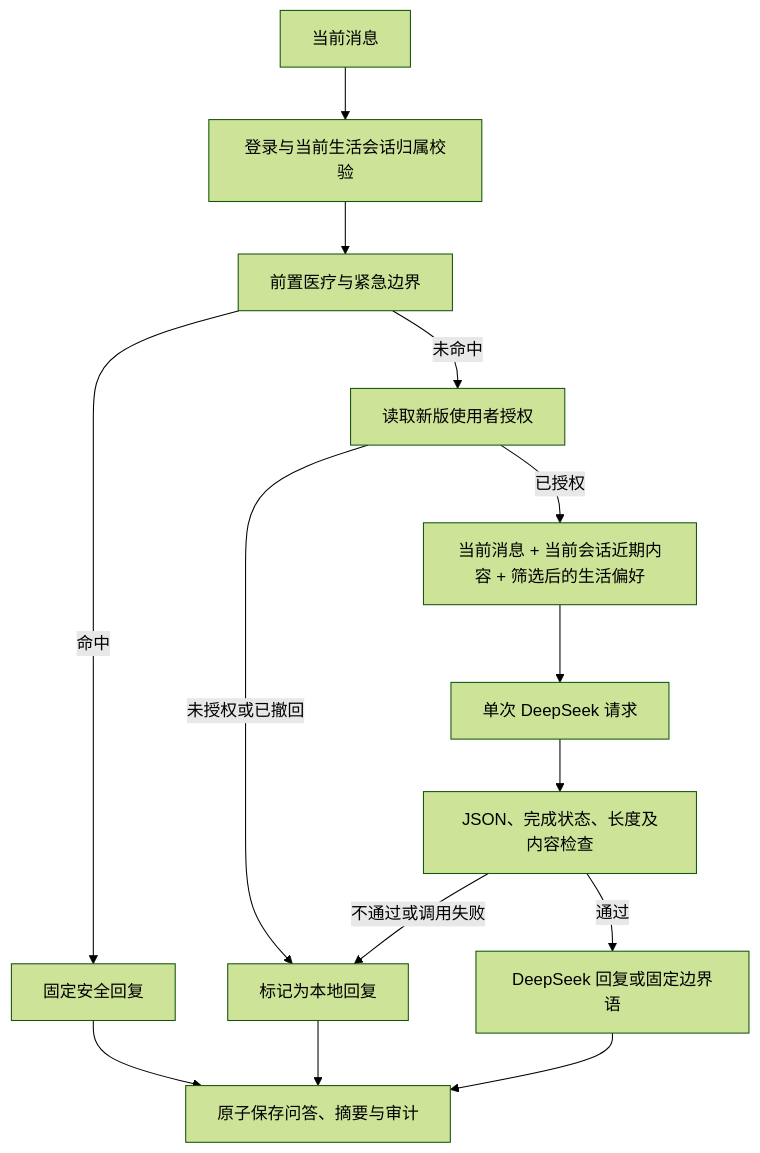
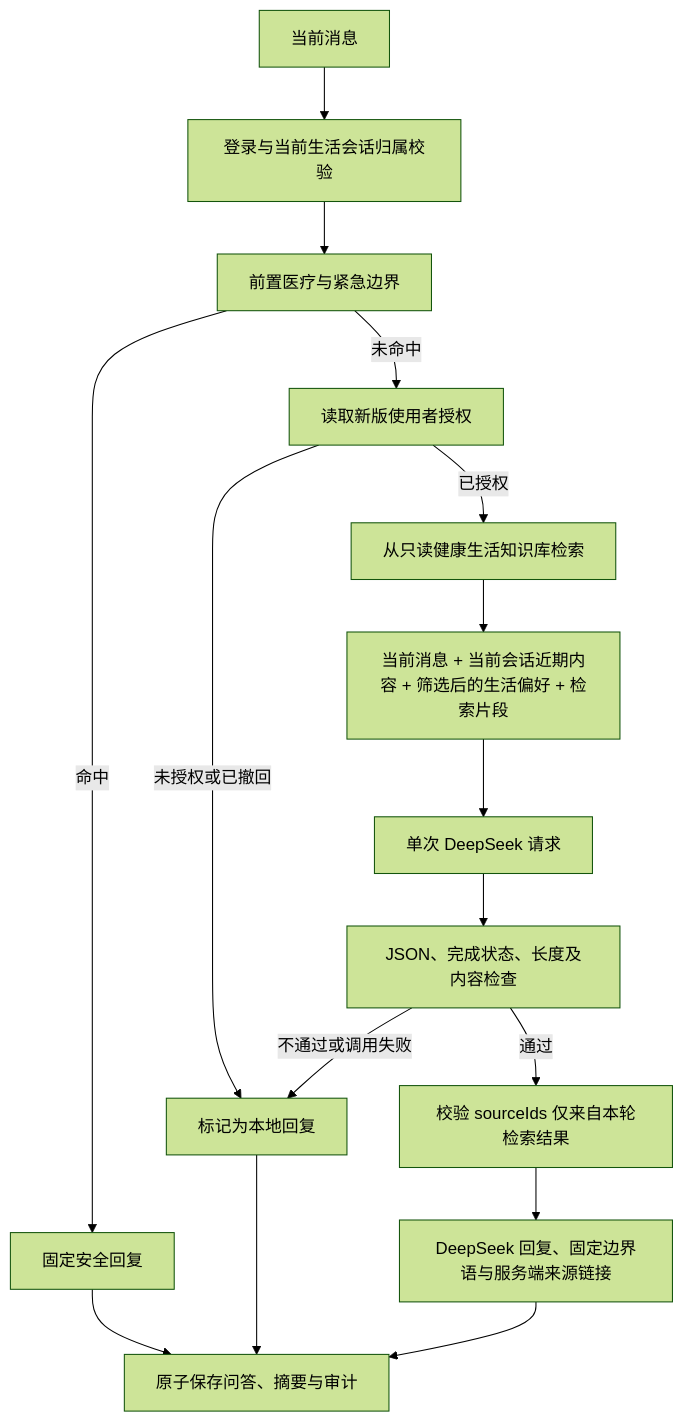
Before and after one commit to liuchen2608/-: the diagram in docs/implementation-contract.md, drawn with Mermaid (forest theme). The commit also changed other lines of this file and 13 other files, not shown here.

````diff
--- a/docs/implementation-contract.md
+++ b/docs/implementation-contract.md
@@ -13,16 +13,18 @@
 ```mermaid
 flowchart TD
   A[当前消息] --> B[登录与当前生活会话归属校验]
   B --> C[前置医疗与紧急边界]
   C -->|命中| L[固定安全回复]
   C -->|未命中| D[读取新版使用者授权]
   D -->|未授权或已撤回| F[标记为本地回复]
-  D -->|已授权| E[当前消息 + 当前会话近期内容 + 筛选后的生活偏好]
+  D -->|已授权| R[从只读健康生活知识库检索]
+  R --> E[当前消息 + 当前会话近期内容 + 筛选后的生活偏好 + 检索片段]
   E --> M[单次 DeepSeek 请求]
   M --> G[JSON、完成状态、长度及内容检查]
   G -->|不通过或调用失败| F
-  G -->|通过| H[DeepSeek 回复或固定边界语]
+  G -->|通过| I[校验 sourceIds 仅来自本轮检索结果]
+  I --> H[DeepSeek 回复、固定边界语与服务端来源链接]
   L --> S[原子保存问答、摘要与审计]
   F --> S
   H --> S
 ```
````
